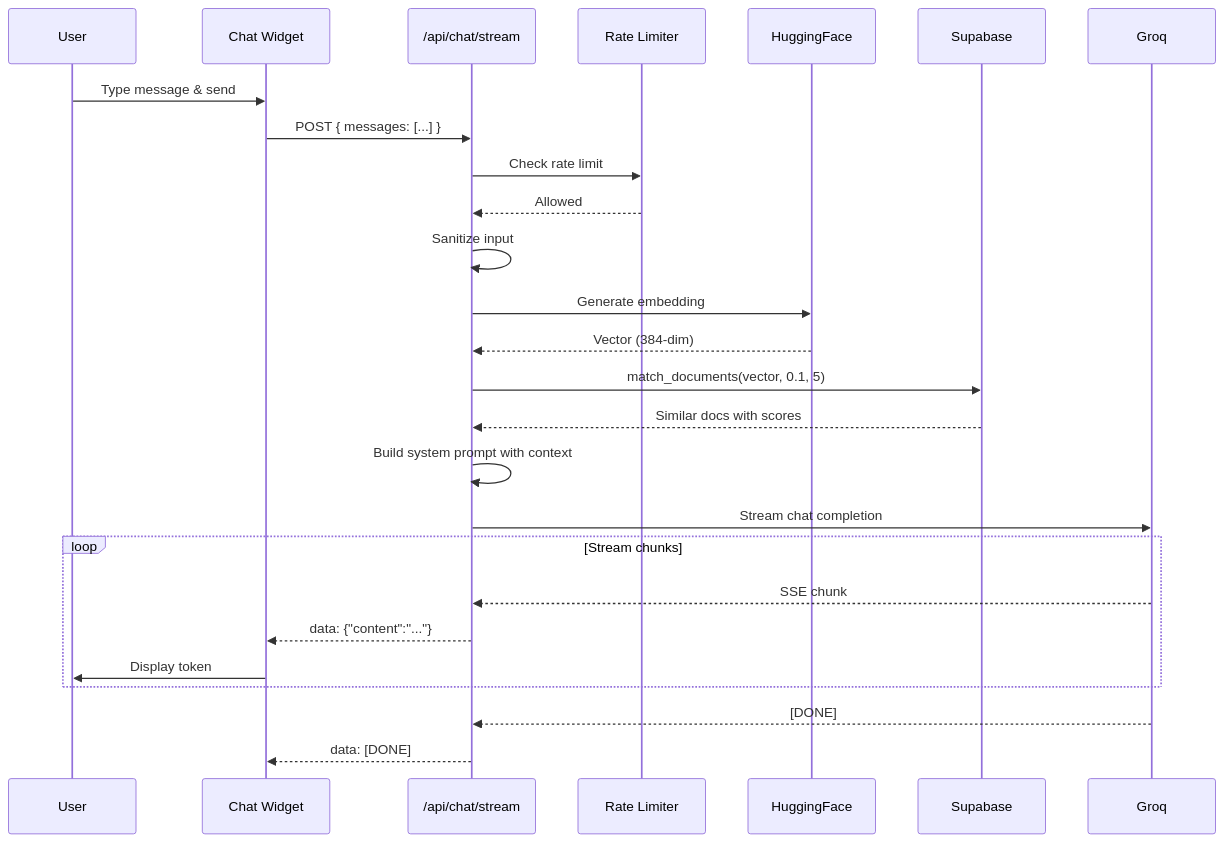
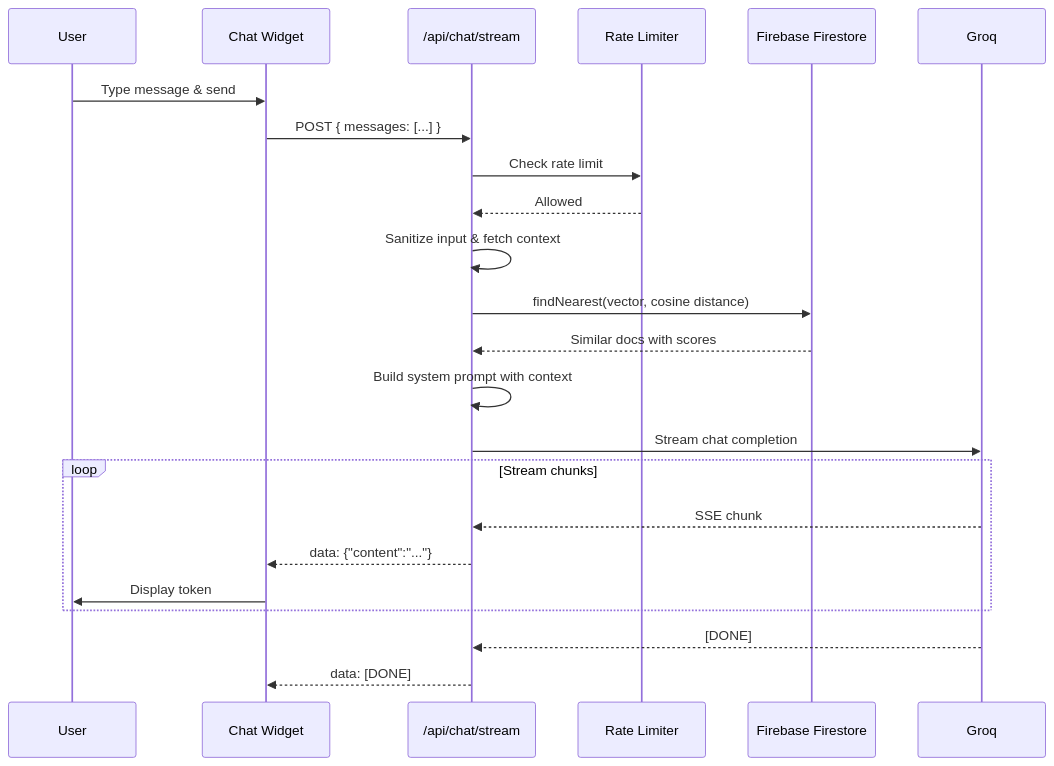
One commit to ossaidqadri/otherdev.web-02 changed the seventh of 11 diagrams in web/docs/ARCHITECTURE.md. Above: the diagram before and after it, drawn with Mermaid. The commit also changed other lines of this file and 4 other files, not shown here.

````diff
--- a/web/docs/ARCHITECTURE.md
+++ b/web/docs/ARCHITECTURE.md
@@ -335,34 +313,30 @@
 ```mermaid
 sequenceDiagram
     participant User
     participant Widget as Chat Widget
     participant API as /api/chat/stream
     participant RL as Rate Limiter
-    participant HF as HuggingFace
-    participant SB as Supabase
+    participant FB as Firebase Firestore
     participant Groq
 
     User->>Widget: Type message & send
     Widget->>API: POST { messages: [...] }
     API->>RL: Check rate limit
     RL-->>API: Allowed
 
-    API->>API: Sanitize input
-    API->>HF: Generate embedding
-    HF-->>API: Vector (384-dim)
-
-    API->>SB: match_documents(vector, 0.1, 5)
-    SB-->>API: Similar docs with scores
+    API->>API: Sanitize input & fetch context
+    API->>FB: findNearest(vector, cosine distance)
+    FB-->>API: Similar docs with scores
 
     API->>API: Build system prompt with context
     API->>Groq: Stream chat completion
 
     loop Stream chunks
         Groq-->>API: SSE chunk
         API-->>Widget: data: {"content":"..."}
         Widget->>User: Display token
     end
 
     Groq-->>API: [DONE]
     API-->>Widget: data: [DONE]
 ```
````
